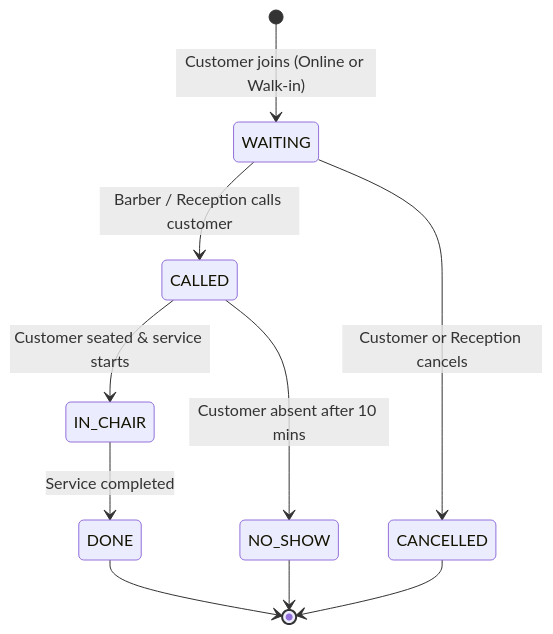
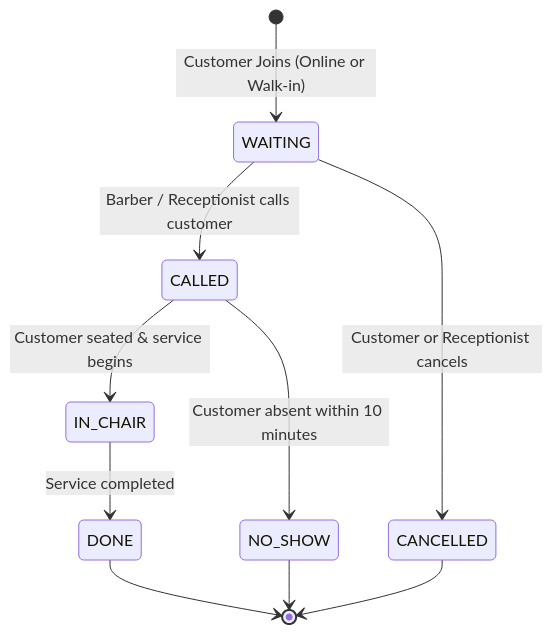
One commit to arpitamygit05/DAU_IT603 changed the diagram in SalonQueueManagement/docs/03-flows-rules.md. Above: the diagram before and after it, drawn with Mermaid. The commit also changed other lines of this file and 14 other files, not shown here.

````diff
--- a/SalonQueueManagement/docs/03-flows-rules.md
+++ b/SalonQueueManagement/docs/03-flows-rules.md
@@ -11,12 +43,12 @@
 ```mermaid
 stateDiagram-v2
-    [*] --> WAITING: Customer joins (Online or Walk-in)
-    WAITING --> CALLED: Barber / Reception calls customer
-    WAITING --> CANCELLED: Customer or Reception cancels
-    CALLED --> IN_CHAIR: Customer seated & service starts
-    CALLED --> NO_SHOW: Customer absent after 10 mins
+    [*] --> WAITING: Customer Joins (Online or Walk-in)
+    WAITING --> CALLED: Barber / Receptionist calls customer
+    WAITING --> CANCELLED: Customer or Receptionist cancels
+    CALLED --> IN_CHAIR: Customer seated & service begins
+    CALLED --> NO_SHOW: Customer absent within 10 minutes
     IN_CHAIR --> DONE: Service completed
     DONE --> [*]
     CANCELLED --> [*]
     NO_SHOW --> [*]
 ```
````
